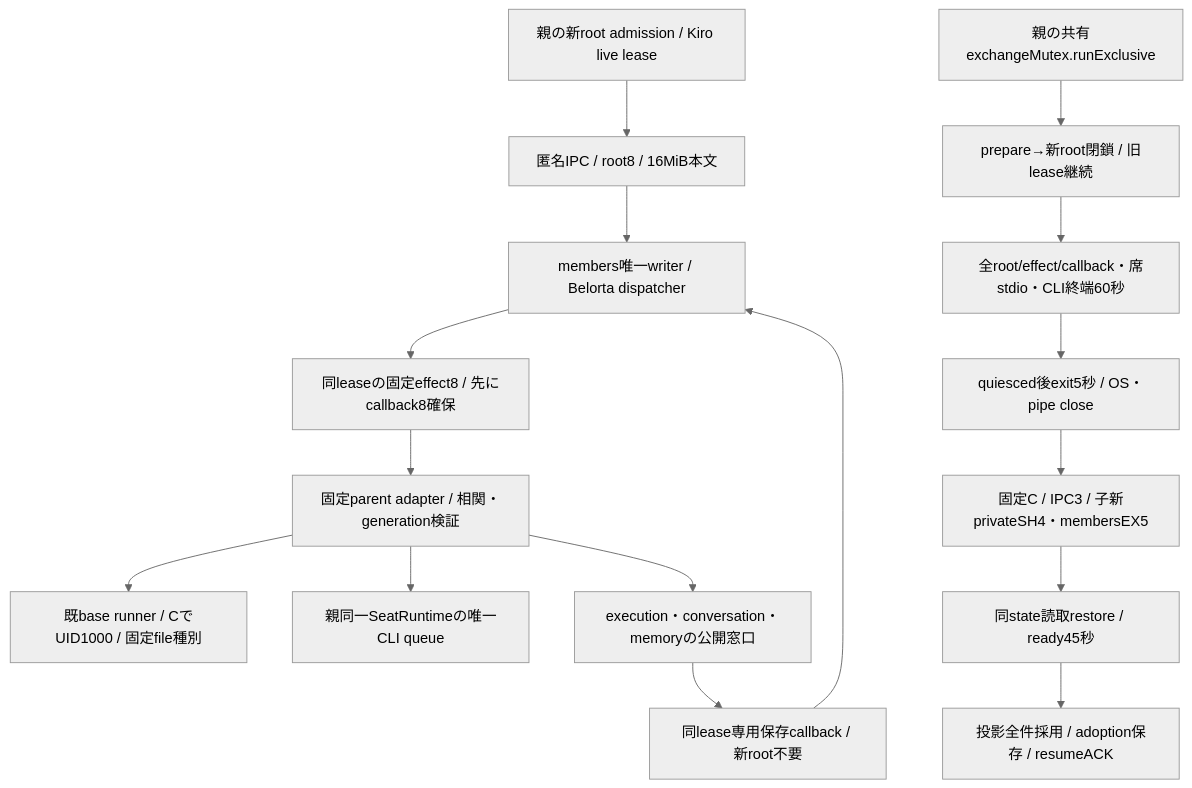
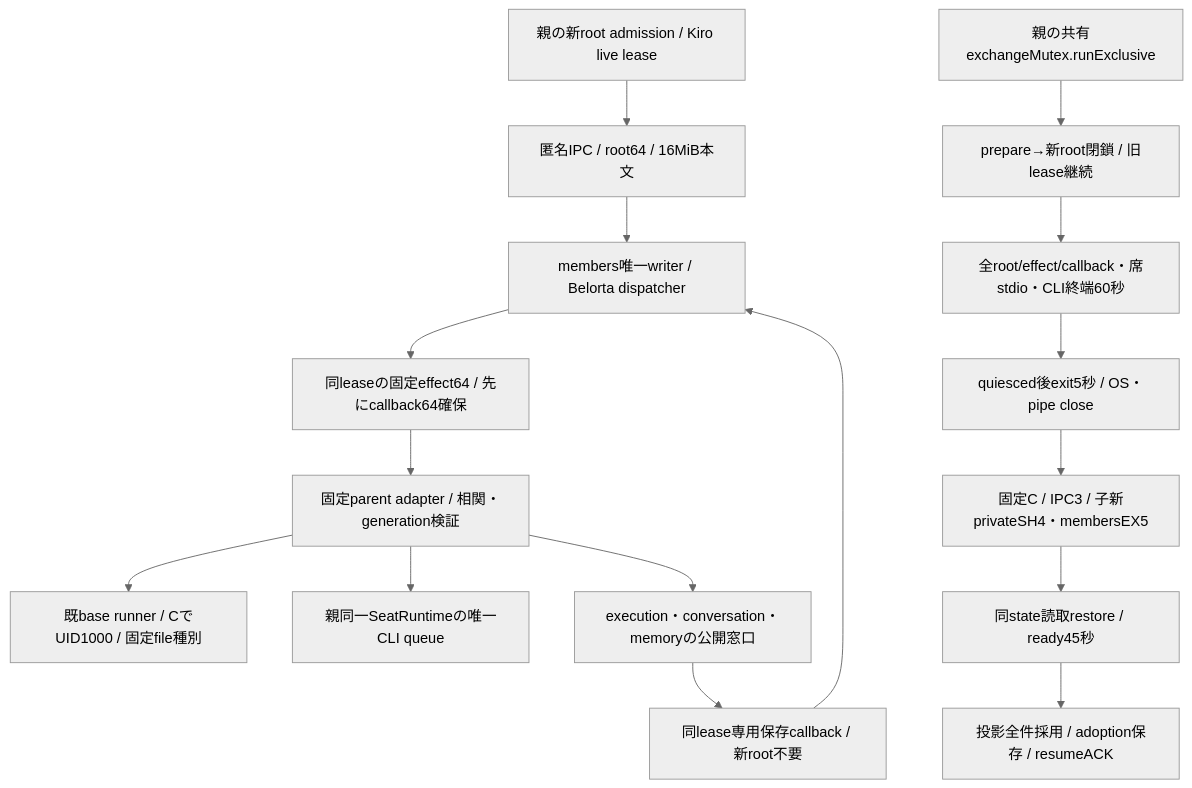
The first of 2 diagrams in docs/architecture/modules/runtime/members-process.md (kitepon/BellTeam), drawn with Mermaid (neutral theme) before and after one commit. The commit also changed other lines of this file and 18 other files, not shown here.

````diff
--- a/docs/architecture/modules/runtime/members-process.md
+++ b/docs/architecture/modules/runtime/members-process.md
@@ -5,18 +5,18 @@
 ```mermaid
 flowchart TD
-  Root[親の新root admission / Kiro live lease] --> Channel[匿名IPC / root8 / 16MiB本文]
+  Root[親の新root admission / Kiro live lease] --> Channel[匿名IPC / root64 / 16MiB本文]
   Channel --> Child[members唯一writer / Belorta dispatcher]
-  Child --> Effect[同leaseの固定effect8 / 先にcallback8確保]
+  Child --> Effect[同leaseの固定effect64 / 先にcallback64確保]
   Effect --> Parent[固定parent adapter / 相関・generation検証]
   Parent --> Seat[既base runner / CでUID1000 / 固定file種別]
   Parent --> CLI[親同一SeatRuntimeの唯一CLI queue]
   Parent --> External[execution・conversation・memoryの公開窓口]
   External --> Callback[同lease専用保存callback / 新root不要]
   Callback --> Child
   Control[prepare→新root閉鎖 / 旧lease継続] --> Drain[全root/effect/callback・席stdio・CLI終端60秒]
   Mutex[親の共有exchangeMutex.runExclusive] --> Control
   Drain --> Exit[quiesced後exit5秒 / OS・pipe close]
   Exit --> C[固定C / IPC3 / 子新privateSH4・membersEX5]
   C --> Restore[同state読取restore / ready45秒]
   Restore --> Adopt[投影全件採用 / adoption保存 / resumeACK]
 ```
````
